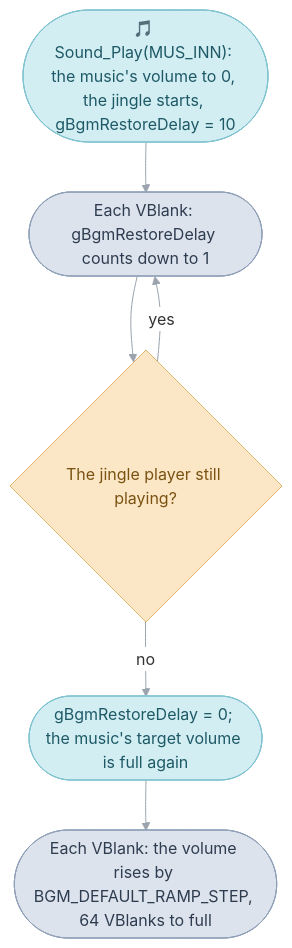
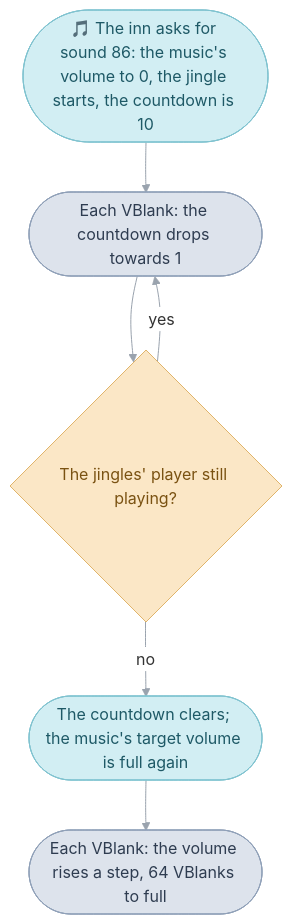
Before and after one commit to PascalPixel/alchemy: the third of 4 diagrams in games/tbs/src/sound/README.md, drawn with Mermaid. The commit also changed other lines of this file and 21 other files, not shown here.

````diff
--- a/games/tbs/src/sound/README.md
+++ b/games/tbs/src/sound/README.md
@@ -249,15 +219,15 @@
 ```mermaid
 %%{init: {"theme": "base", "themeVariables": {"lineColor": "#9AA3AE", "edgeLabelBackground": "#FFFFFF"}, "flowchart": {"curve": "basis", "padding": 12}}}%%
 flowchart TD
-  start(["🎵 Sound_Play(MUS_INN): the music's volume to 0, the jingle starts, gBgmRestoreDelay = 10"]) --> count(["Each VBlank: gBgmRestoreDelay counts down to 1"])
-  count --> hold{"The jingle player still playing?"}
+  start(["🎵 The inn asks for sound 86: the music's volume to 0, the jingle starts, the countdown is 10"]) --> count(["Each VBlank: the countdown drops towards 1"])
+  count --> hold{"The jingles' player still playing?"}
   hold -- yes --> count
-  hold -- no --> target(["gBgmRestoreDelay = 0; the music's target volume is full again"])
-  target --> ramp(["Each VBlank: the volume rises by BGM_DEFAULT_RAMP_STEP, 64 VBlanks to full"])
+  hold -- no --> target(["The countdown clears; the music's target volume is full again"])
+  target --> ramp(["Each VBlank: the volume rises a step, 64 VBlanks to full"])
   classDef layer fill:#D2EEF3,stroke:#7FC3D0,color:#1E5966
   classDef check fill:#FBE7C6,stroke:#E0B46A,color:#7A5212
   classDef out fill:#DDE3EC,stroke:#8FA0B8,color:#2E3C50
   class start,target layer
   class hold check
   class count,ramp out
 ```
````
